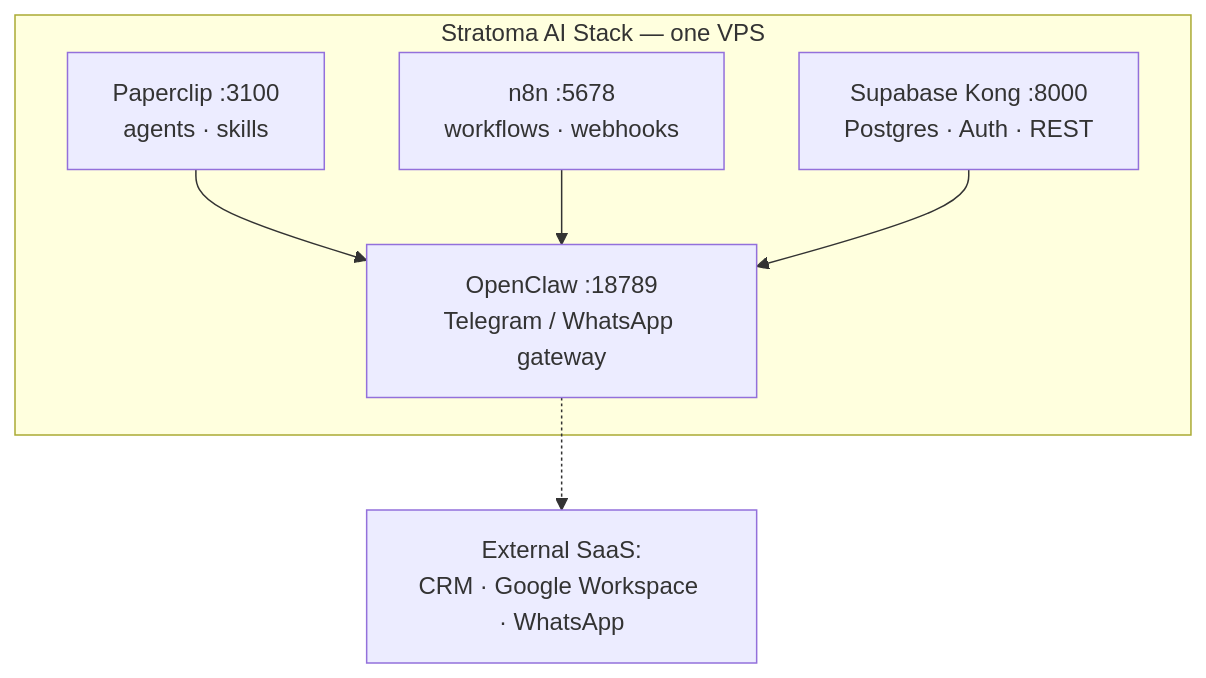
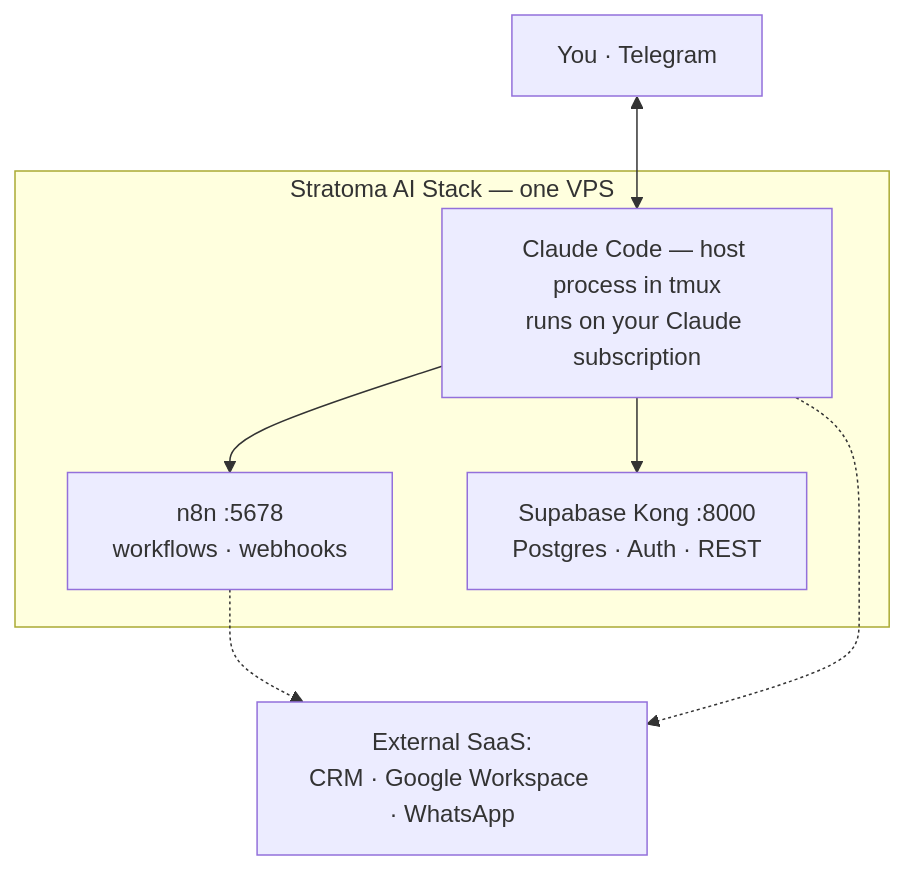
Before and after one commit to DoubleN96/stratoma-ai-stack: the diagram in README.md, drawn with Mermaid. The commit also changed other lines of this file and 25 other files, not shown here.

````diff
--- a/README.md
+++ b/README.md
@@ -171,13 +179,13 @@
 ```mermaid
 graph TD
     subgraph host["Stratoma AI Stack — one VPS"]
-        P["Paperclip :3100<br/>agents · skills"]
+        CC["Claude Code — host process in tmux<br/>runs on your Claude subscription"]
         N["n8n :5678<br/>workflows · webhooks"]
         S["Supabase Kong :8000<br/>Postgres · Auth · REST"]
-        O["OpenClaw :18789<br/>Telegram / WhatsApp gateway"]
-        P --> O
-        N --> O
-        S --> O
+        CC --> N
+        CC --> S
     end
-    O -.-> EXT["External SaaS:<br/>CRM · Google Workspace · WhatsApp"]
+    U["You · Telegram"] <--> CC
+    N -.-> EXT["External SaaS:<br/>CRM · Google Workspace · WhatsApp"]
+    CC -.-> EXT
 ```
````
